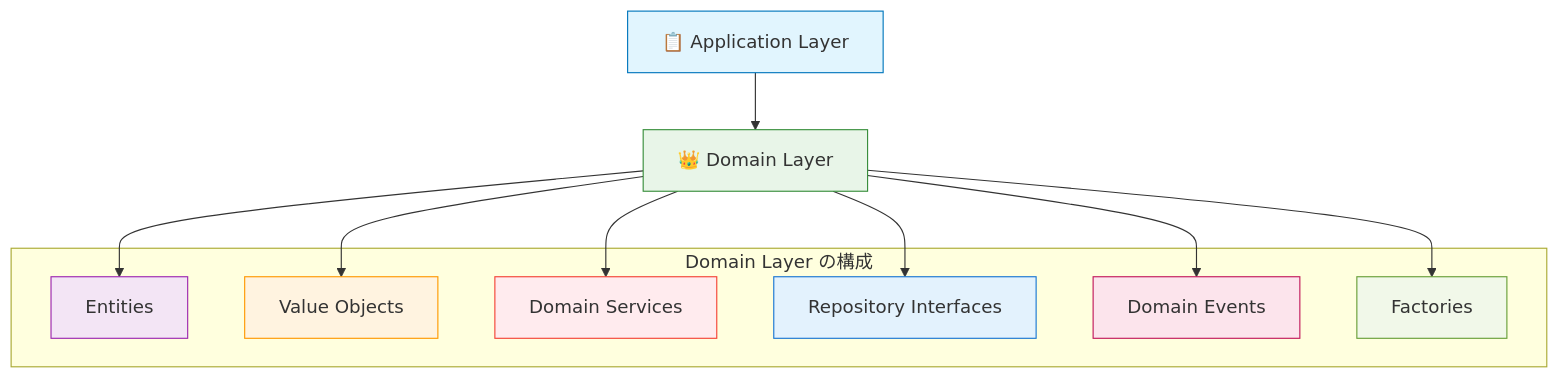
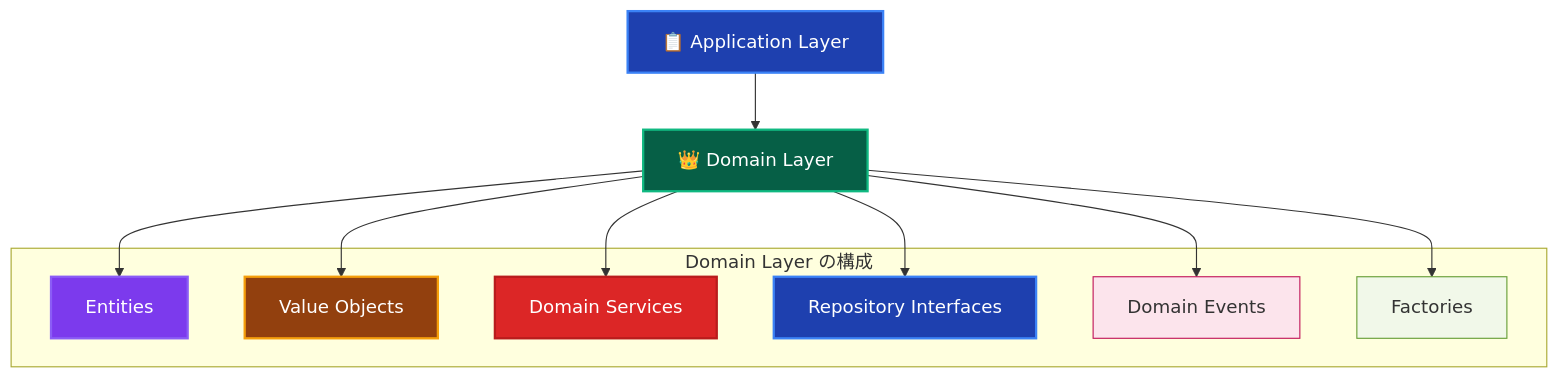
One commit to derushio/d-next-ddd-example changed the first of 5 diagrams in _DOCS/guides/ddd/layers/domain/domain.md. Above: the diagram before and after it, drawn with Mermaid. The commit also changed other lines of this file and 31 other files, not shown here.

Commit message:
🎨: DOCSのMermaid図表カラーテーマを暗色に統一し視認性を向上

````diff
--- a/_DOCS/guides/ddd/layers/domain/domain.md
+++ b/_DOCS/guides/ddd/layers/domain/domain.md
@@ -13,29 +13,29 @@
 ```mermaid
 graph TD
     APP[📋 Application Layer] --> DOMAIN[👑 Domain Layer]
     
     subgraph "Domain Layer の構成"
         ENTITY[Entities]
         VO[Value Objects]
         DS[Domain Services]
         REPO_IF[Repository Interfaces]
         DOMAIN_EVENT[Domain Events]
         FACTORY[Factories]
     end
     
     DOMAIN --> ENTITY
     DOMAIN --> VO
     DOMAIN --> DS
     DOMAIN --> REPO_IF
     DOMAIN --> DOMAIN_EVENT
     DOMAIN --> FACTORY
     
-    style APP fill:#e1f5fe,stroke:#0277bd
-    style DOMAIN fill:#e8f5e8,stroke:#388e3c
-    style ENTITY fill:#f3e5f5,stroke:#9c27b0
-    style VO fill:#fff3e0,stroke:#ff9800
-    style DS fill:#ffebee,stroke:#f44336
-    style REPO_IF fill:#e3f2fd,stroke:#1976d2
+    style APP fill:#1e40af,stroke:#3b82f6,stroke-width:2px,color:#ffffff
+    style DOMAIN fill:#065f46,stroke:#10b981,stroke-width:2px,color:#ffffff
+    style ENTITY fill:#7c3aed,stroke:#8b5cf6,stroke-width:2px,color:#ffffff
+    style VO fill:#92400e,stroke:#f59e0b,stroke-width:2px,color:#ffffff
+    style DS fill:#dc2626,stroke:#b91c1c,stroke-width:2px,color:#ffffff
+    style REPO_IF fill:#1e40af,stroke:#3b82f6,stroke-width:2px,color:#ffffff
     style DOMAIN_EVENT fill:#fce4ec,stroke:#c2185b
     style FACTORY fill:#f1f8e9,stroke:#689f38
 ```
````
